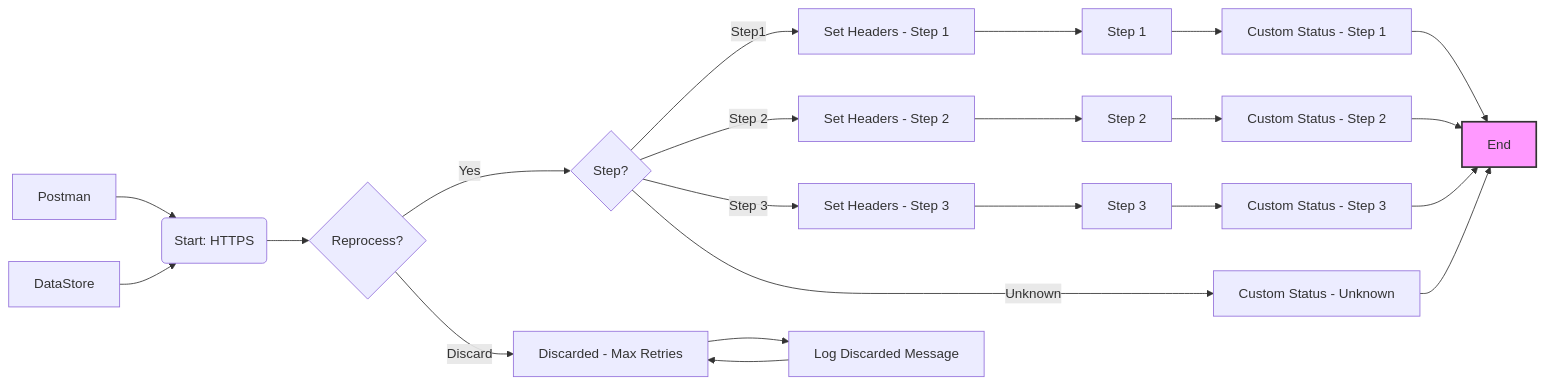
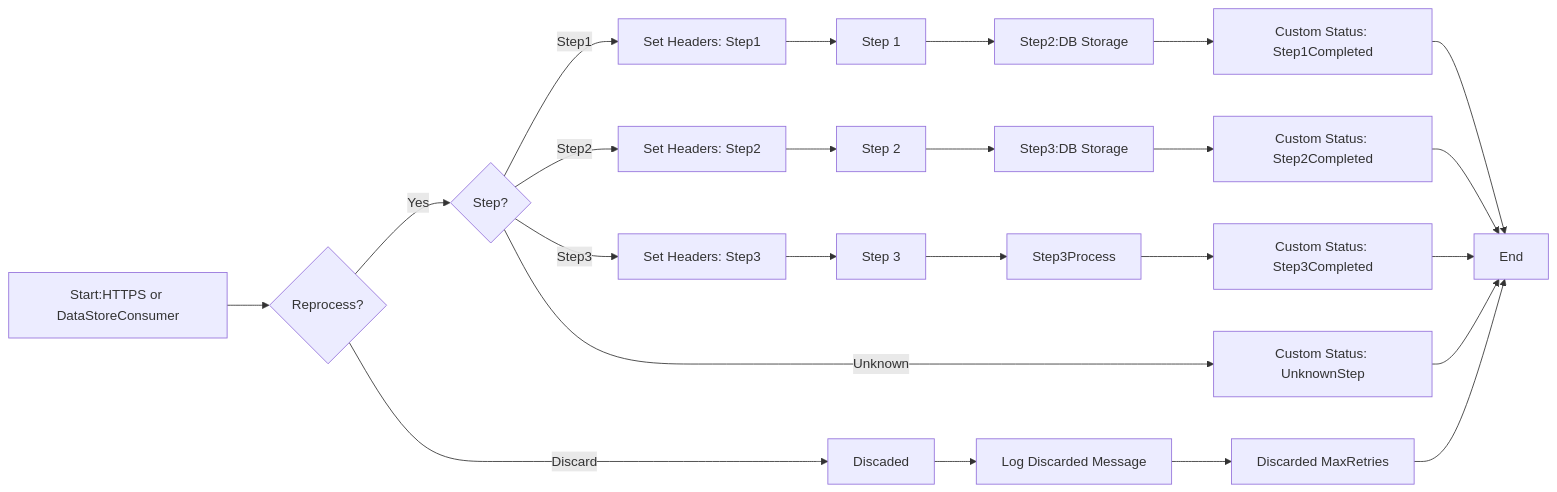
Before and after one commit to Avvale-IA-CICD/AvvaleCPI: the diagram in MMZ - Templates/SEDA_Model_-_Single_DS_-_Restart_and_Discard-1.0.0/readme.md, drawn with Mermaid. The commit also changed other lines of this file, not shown here.

Commit message:
Add/update documentation for SEDA_Model_-_Single_DS_-_Restart_and_Discard v1.0.0

````diff
--- a/MMZ - Templates/SEDA_Model_-_Single_DS_-_Restart_and_Discard-1.0.0/readme.md
+++ b/MMZ - Templates/SEDA_Model_-_Single_DS_-_Restart_and_Discard-1.0.0/readme.md
@@ -4,25 +4,27 @@
 ```mermaid
 graph LR
-    A[Postman] --> B(Start: HTTPS);
-    C[DataStore] --> B;
-    B --> D{Reprocess?};
-    D -- Yes --> E{Step?};
-    D -- Discard --> F[Discarded - Max Retries];
-    E -- Step1 --> G[Set Headers - Step 1];
-    E -- Step 2 --> H[Set Headers - Step 2];
-    E -- Step 3 --> I[Set Headers - Step 3];
-    E -- Unknown --> J[Custom Status - Unknown];
-    G --> K[Step 1];
-    H --> L[Step 2];
-    I --> M[Step 3];
-    K --> N[Custom Status - Step 1];
-    L --> O[Custom Status - Step 2];
-    M --> P[Custom Status - Step 3];
-    N --> Q[End];
-    O --> Q;
-    P --> Q;
-    J --> Q;
-    F --> R[Log Discarded Message];
-    R --> F;
-    style Q fill:#f9f,stroke:#333,stroke-width:2px
+    A[Start:HTTPS or DataStoreConsumer] --> B{Reprocess?}
+    B -- Yes --> C{Step?}
+    B -- Discard --> D[Discaded]
+    C -- Step1 --> E[Set Headers: Step1]
+    C -- Step2 --> F[Set Headers: Step2]
+    C -- Step3 --> G[Set Headers: Step3]
+    C -- Unknown --> H[Custom Status: UnknownStep]
+    D --> I[Log Discarded Message]
+    E --> J[Step 1]
+    F --> K[Step 2]
+    G --> L[Step 3]
+    J --> M[Step2:DB Storage]
+    K --> N[Step3:DB Storage]
+    L --> O[Step3Process]
+    M --> P[Custom Status: Step1Completed]
+    N --> Q[Custom Status: Step2Completed]
+    O --> R[Custom Status: Step3Completed]
+    I --> S[Discarded MaxRetries]
+    P --> T[End]
+    Q --> T
+    R --> T
+    H --> T
+    S --> T
+    
 ```
````
